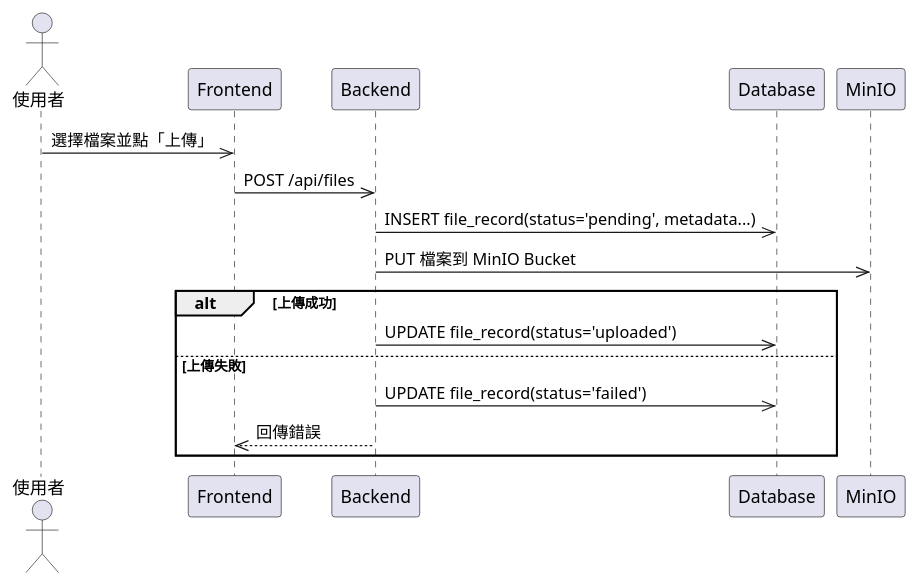
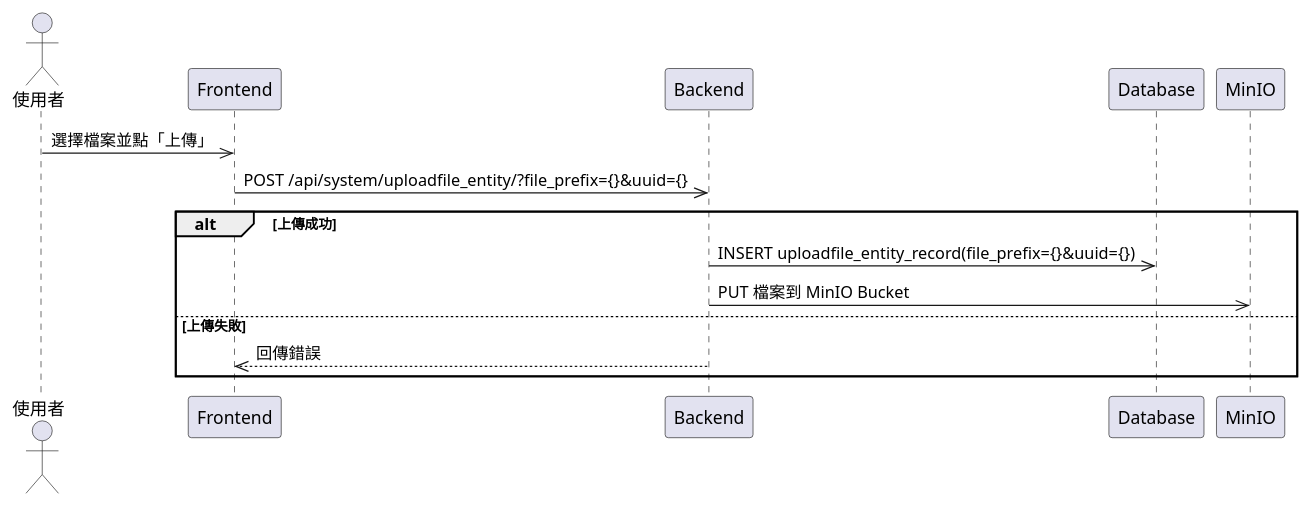
One commit to walle45611/NTUB_SecuManag_Diagram changed the diagram in mermaid/sequence/file_upload.puml. Above: the diagram before and after it, drawn with PlantUML. The commit also changed 6 other files, not shown here.

First line of the commit message:
feat: 更新循序圖 (#2)

```diff
--- a/mermaid/sequence/file_upload.puml
+++ b/mermaid/sequence/file_upload.puml
@@ -1,18 +1,16 @@
 @startuml
 actor User as "使用者"
 participant Frontend
 participant Backend
 participant Database
 participant MinIO
 
-User ->> Frontend: 選擇檔案並點「上傳」
-Frontend ->> Backend: POST /api/files
-Backend ->> Database: INSERT file_record(status='pending', metadata...)
-Backend ->> MinIO: PUT 檔案到 MinIO Bucket
+User->>Frontend: 選擇檔案並點「上傳」
+Frontend->>Backend: POST /api/system/uploadfile_entity/?file_prefix={}&uuid={}
 alt 上傳成功
-    Backend ->> Database: UPDATE file_record(status='uploaded')
+    Backend->>Database: INSERT uploadfile_entity_record(file_prefix={}&uuid={})
+    Backend->>MinIO: PUT 檔案到 MinIO Bucket
 else 上傳失敗
-    Backend ->> Database: UPDATE file_record(status='failed')
-    Backend -->> Frontend: 回傳錯誤
+    Backend-->>Frontend: 回傳錯誤
 end
 @enduml
```
